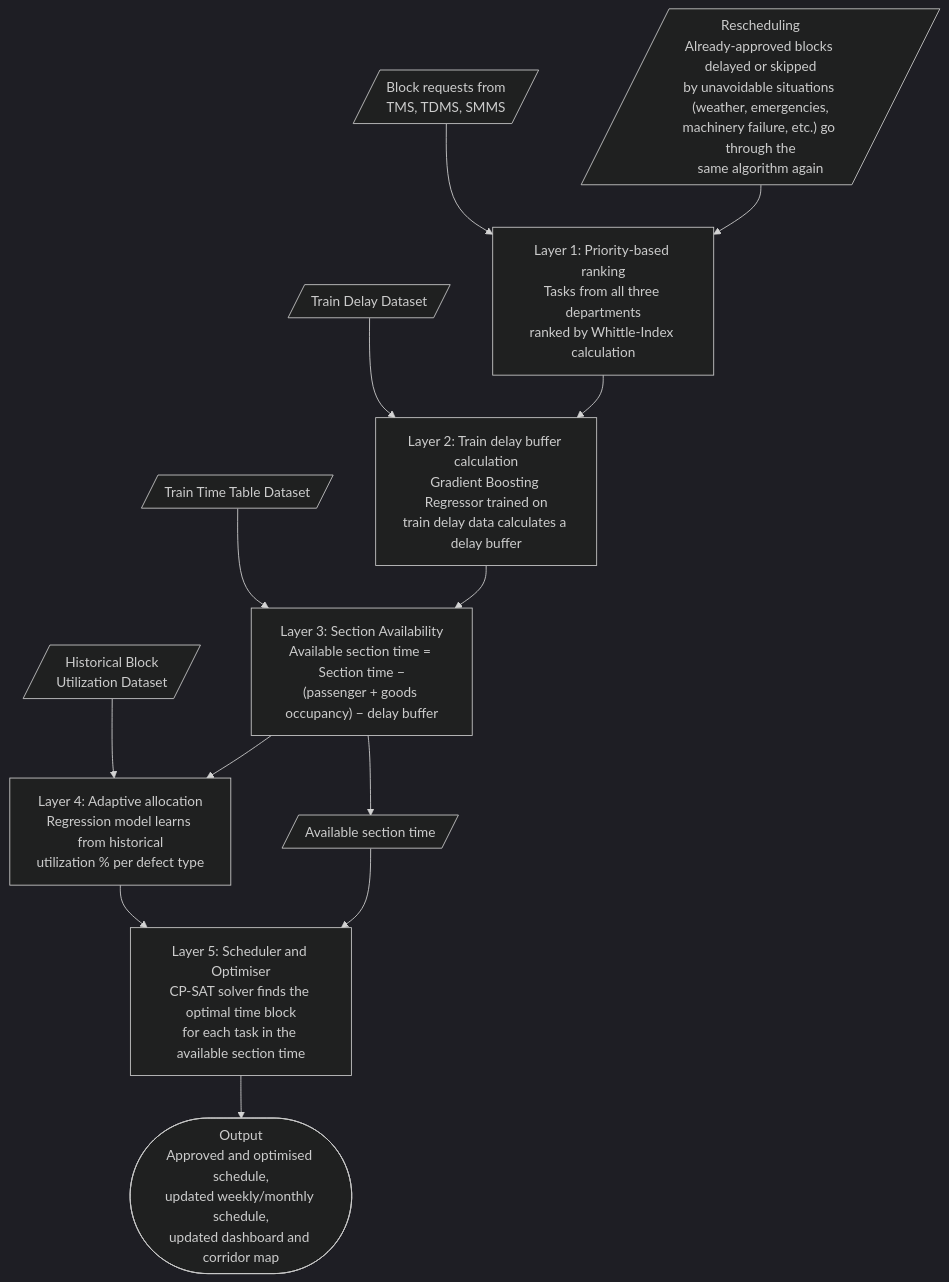
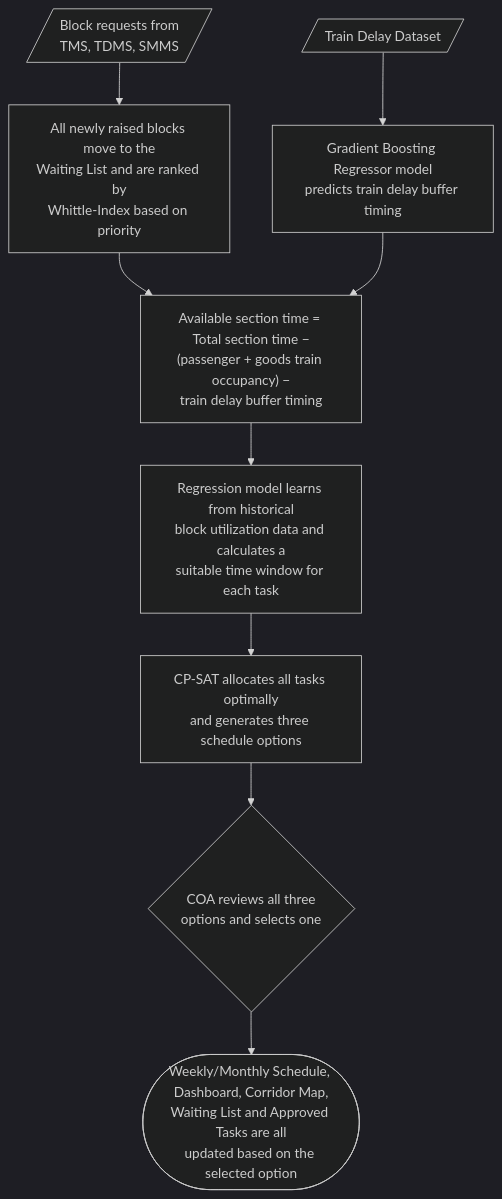
One commit to sairam-s21/Cookies4U_SIH26027 changed the first of 2 diagrams in README.md. Above: the diagram before and after it, drawn with Mermaid (dark theme). The commit also changed other lines of this file, not shown here.

Commit message:
Split README workflow into separate Normal Scheduling and Rescheduling diagrams
Matches the PPT's own updated structure, which now presents these as two
distinct diagrams instead of one combined one.

````diff
--- a/README.md
+++ b/README.md
@@ -51,27 +53,20 @@
 ```mermaid
 flowchart TD
     D1[/"Block requests from<br/>TMS, TDMS, SMMS"/]
     D2[/"Train Delay Dataset"/]
-    D3[/"Train Time Table Dataset"/]
-    D4[/"Historical Block<br/>Utilization Dataset"/]
-    D5[/"Available section time"/]
 
-    L1["Layer 1: Priority-based ranking<br/>Tasks from all three departments<br/>ranked by Whittle-Index calculation"]
-    L2["Layer 2: Train delay buffer calculation<br/>Gradient Boosting Regressor trained on<br/>train delay data calculates a delay buffer"]
-    L3["Layer 3: Section Availability<br/>Available section time = Section time −<br/>(passenger + goods occupancy) − delay buffer"]
-    L4["Layer 4: Adaptive allocation<br/>Regression model learns from historical<br/>utilization % per defect type"]
-    L5["Layer 5: Scheduler and Optimiser<br/>CP-SAT solver finds the optimal time block<br/>for each task in the available section time"]
+    L1["All newly raised blocks move to the<br/>Waiting List and are ranked by<br/>Whittle-Index based on priority"]
+    L2["Gradient Boosting Regressor model<br/>predicts train delay buffer timing"]
+    L3["Available section time = Total section time −<br/>(passenger + goods train occupancy) −<br/>train delay buffer timing"]
+    L4["Regression model learns from historical<br/>block utilization data and calculates a<br/>suitable time window for each task"]
+    L5["CP-SAT allocates all tasks optimally<br/>and generates three schedule options"]
 
-    R[/"Rescheduling<br/>Already-approved blocks delayed or skipped<br/>by unavoidable situations (weather, emergencies,<br/>machinery failure, etc.) go through the<br/>same algorithm again"/]
-    O(["Output<br/>Approved and optimised schedule,<br/>updated weekly/monthly schedule,<br/>updated dashboard and corridor map"])
+    R{"COA reviews all three<br/>options and selects one"}
+    O(["Weekly/Monthly Schedule, Dashboard, Corridor Map,<br/>Waiting List and Approved Tasks are all<br/>updated based on the selected option"])
 
     D1 --> L1
     D2 --> L2
-    D3 --> L3
-    D4 --> L4
-
-    L1 --> L2 --> L3 --> L4 --> L5
-    L3 --> D5 --> L5
-    R --> L1
-    L5 --> O
+    L1 --> L3
+    L2 --> L3
+    L3 --> L4 --> L5 --> R --> O
 ```
````
